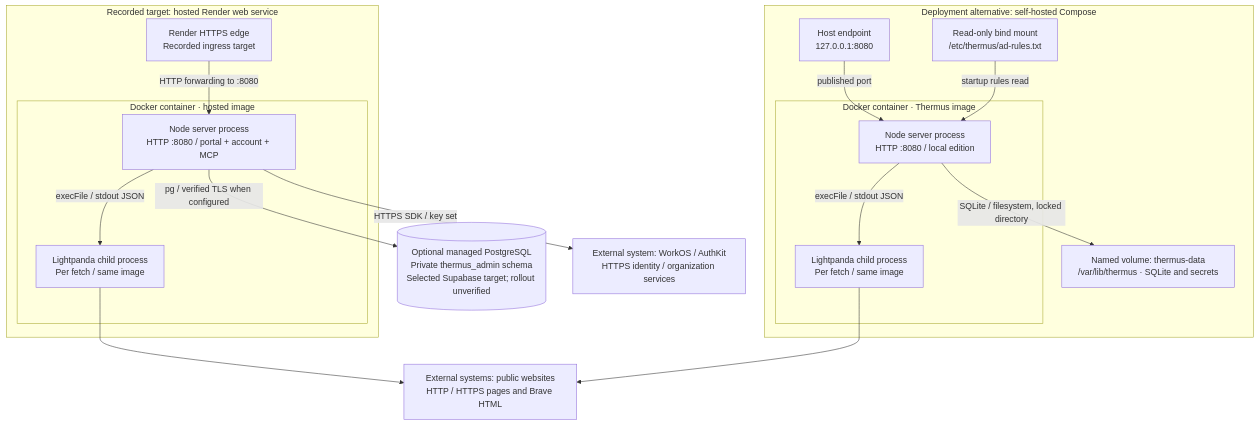
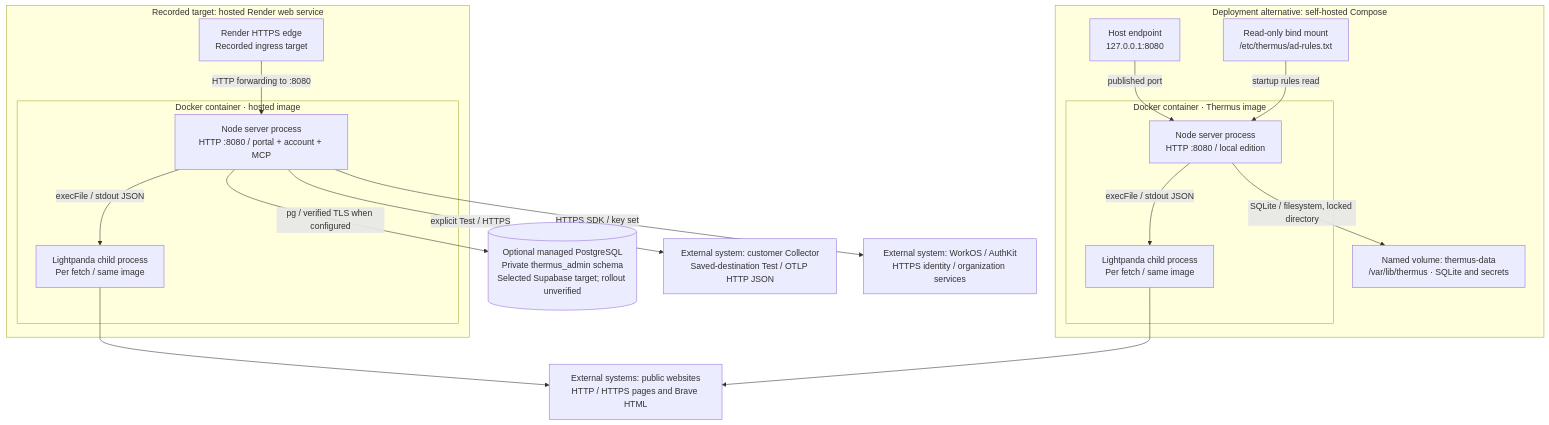
Before and after one commit to tomer-mayara/Thermus: diagram 13 of 13 in architecture/components.md, drawn with Mermaid. The commit also changed other lines of this file and 24 other files, not shown here.

Commit message:
feat(audit): test saved Collector destinations without changing settings

````diff
--- a/architecture/components.md
+++ b/architecture/components.md
@@ -721,33 +750,35 @@
 ```mermaid
 %%{init: {"flowchart": {"wrappingWidth": 260}}}%%
 flowchart TB
   subgraph deploy_local["Deployment alternative: self-hosted Compose"]
     deploy_loopback["Host endpoint<br/>127.0.0.1:8080"]
     subgraph deploy_local_docker["Docker container · Thermus image"]
       deploy_local_node["Node server process<br/>HTTP :8080 / local edition"]
       deploy_local_child["Lightpanda child process<br/>Per fetch / same image"]
     end
     deploy_volume["Named volume: thermus-data<br/>/var/lib/thermus · SQLite and secrets"]
     deploy_rules["Read-only bind mount<br/>/etc/thermus/ad-rules.txt"]
     deploy_loopback -->|published port| deploy_local_node
     deploy_local_node -->|execFile / stdout JSON| deploy_local_child
     deploy_local_node -->|SQLite / filesystem, locked directory| deploy_volume
     deploy_rules -->|startup rules read| deploy_local_node
   end
   subgraph deploy_hosted["Recorded target: hosted Render web service"]
     deploy_edge["Render HTTPS edge<br/>Recorded ingress target"]
     subgraph deploy_hosted_docker["Docker container · hosted image"]
       deploy_hosted_node["Node server process<br/>HTTP :8080 / portal + account + MCP"]
       deploy_hosted_child["Lightpanda child process<br/>Per fetch / same image"]
     end
     deploy_edge -->|HTTP forwarding to :8080| deploy_hosted_node
     deploy_hosted_node -->|execFile / stdout JSON| deploy_hosted_child
   end
   deploy_settings[("Optional managed PostgreSQL<br/>Private thermus_admin schema<br/>Selected Supabase target; rollout unverified")]
   deploy_hosted_node -->|pg / verified TLS when configured| deploy_settings
+  deploy_collector["External system: customer Collector<br/>Saved-destination Test / OTLP HTTP JSON"]
+  deploy_hosted_node -->|explicit Test / HTTPS| deploy_collector
   deploy_workos["External system: WorkOS / AuthKit<br/>HTTPS identity / organization services"]
   deploy_public["External systems: public websites<br/>HTTP / HTTPS pages and Brave HTML"]
   deploy_hosted_node -->|HTTPS SDK / key set| deploy_workos
   deploy_hosted_child --> deploy_public
   deploy_local_child --> deploy_public
 ```
````
